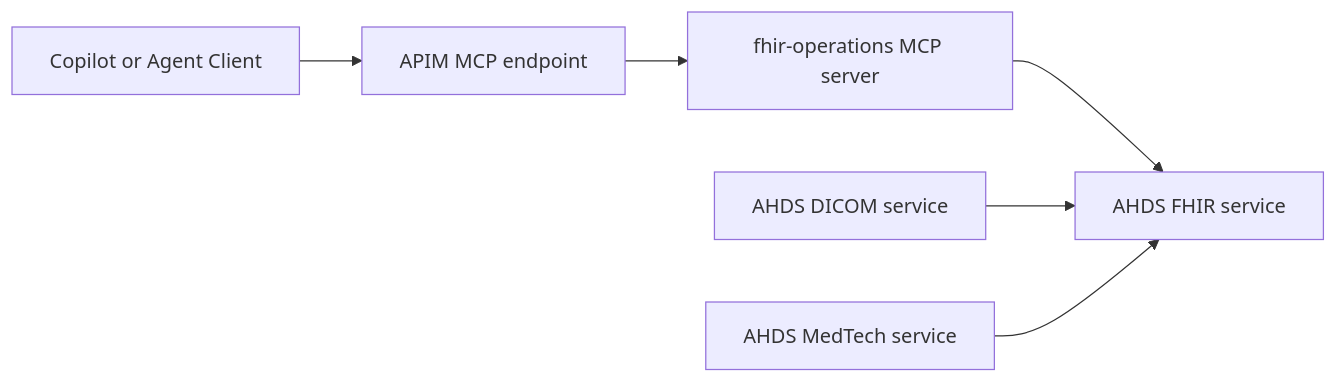
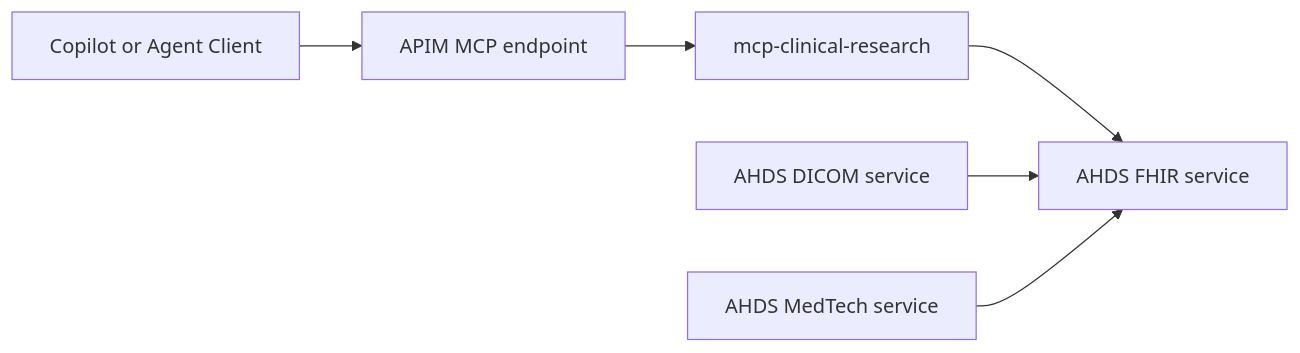
One commit to jkarasha/Azure-Healthcare-Marketplace-Demo changed the second of 2 diagrams in docs/architecture/APIM-ARCHITECTURE.md. Above: the diagram before and after it, drawn with Mermaid. The commit also changed other lines of this file, not shown here.

First line of the commit message:
docs: define APIM control plane boundaries

````diff
--- a/docs/architecture/APIM-ARCHITECTURE.md
+++ b/docs/architecture/APIM-ARCHITECTURE.md
@@ -60,8 +84,8 @@
 ```mermaid
 flowchart LR
     CLIENT[Copilot or Agent Client] --> APIM[APIM MCP endpoint]
-    APIM --> FMCP[fhir-operations MCP server]
+    APIM --> FMCP[mcp-clinical-research]
     FMCP --> FHIR[AHDS FHIR service]
     DICOM[AHDS DICOM service] --> FHIR
     MEDTECH[AHDS MedTech service] --> FHIR
 ```
````
